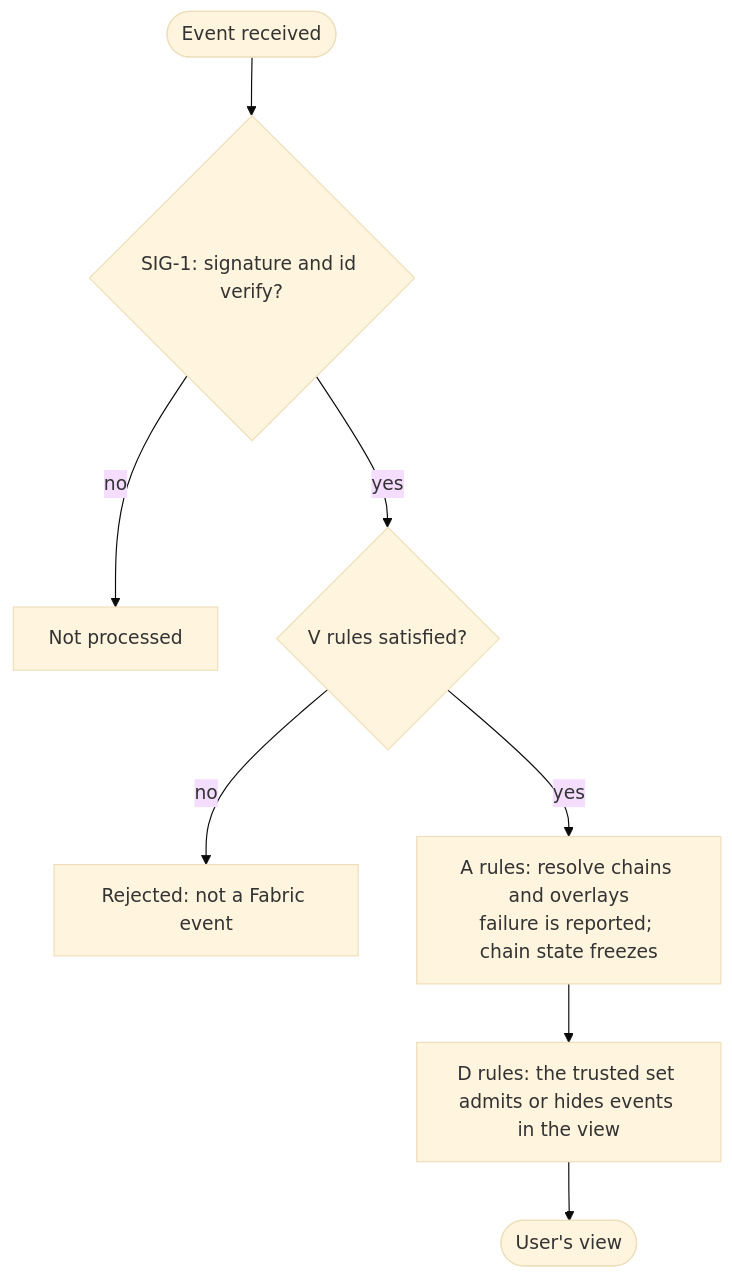
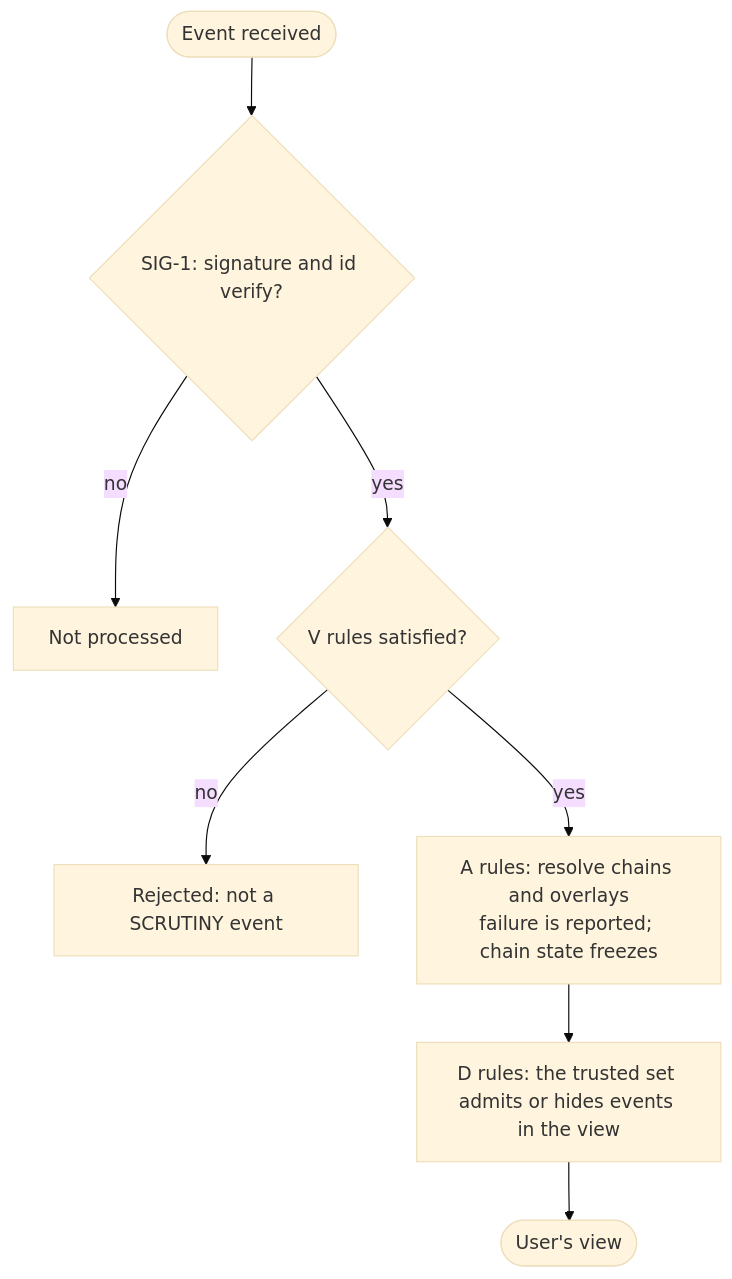
The fifth of 9 diagrams in docs/protocol-spec.md (crocs-muni/scrutiny-fabric), drawn with Mermaid (base theme) before and after one commit. The commit also changed other lines of this file and 10 other files, not shown here.

Commit message:
docs: restore SCRUTINY wording (undo the Fabric rename)

````diff
--- a/docs/protocol-spec.md
+++ b/docs/protocol-spec.md
@@ -572,10 +572,10 @@
 ```mermaid
 flowchart TD
     EV(["Event received"]) --> SIG{"SIG-1: signature and id verify?"}
     SIG -->|no| NP["Not processed"]
     SIG -->|yes| V{"V rules satisfied?"}
-    V -->|no| REJ["Rejected: not a Fabric event"]
+    V -->|no| REJ["Rejected: not a SCRUTINY event"]
     V -->|yes| A["A rules: resolve chains and overlays<br/>failure is reported; chain state freezes"]
     A --> D["D rules: the trusted set admits or hides events in the view"]
     D --> VIEW(["User's view"])
 ```
````
